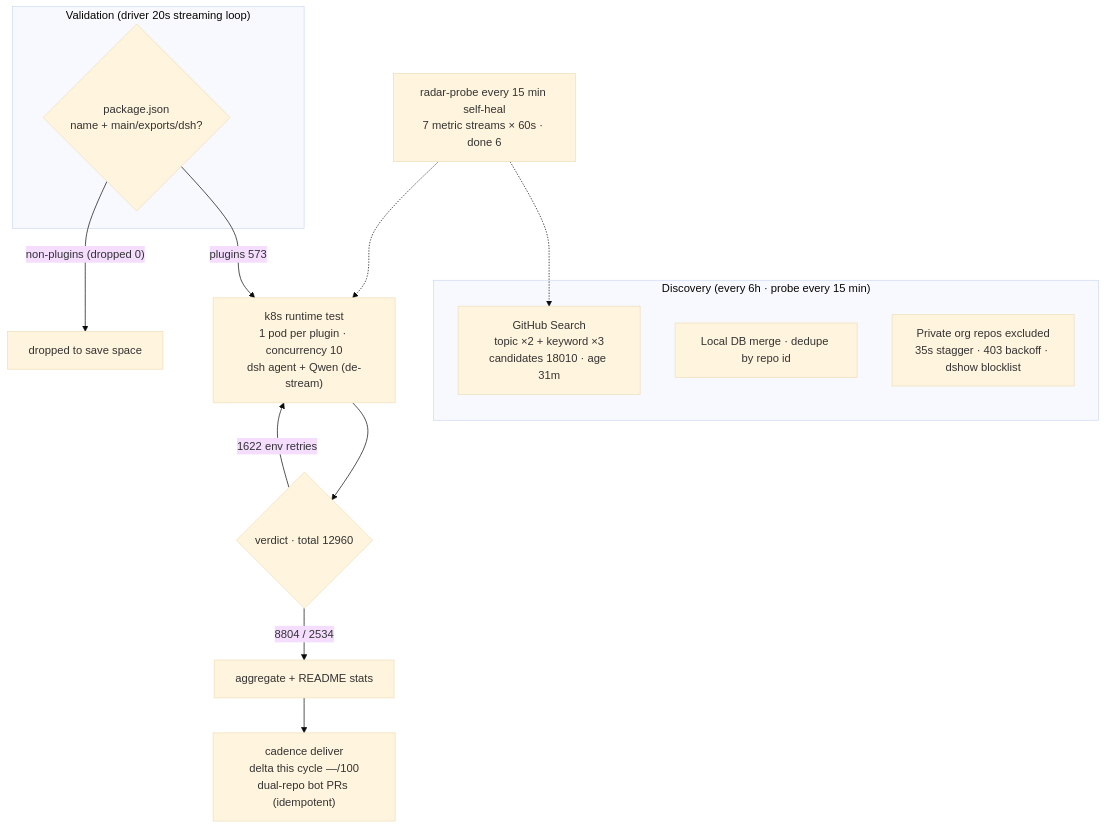
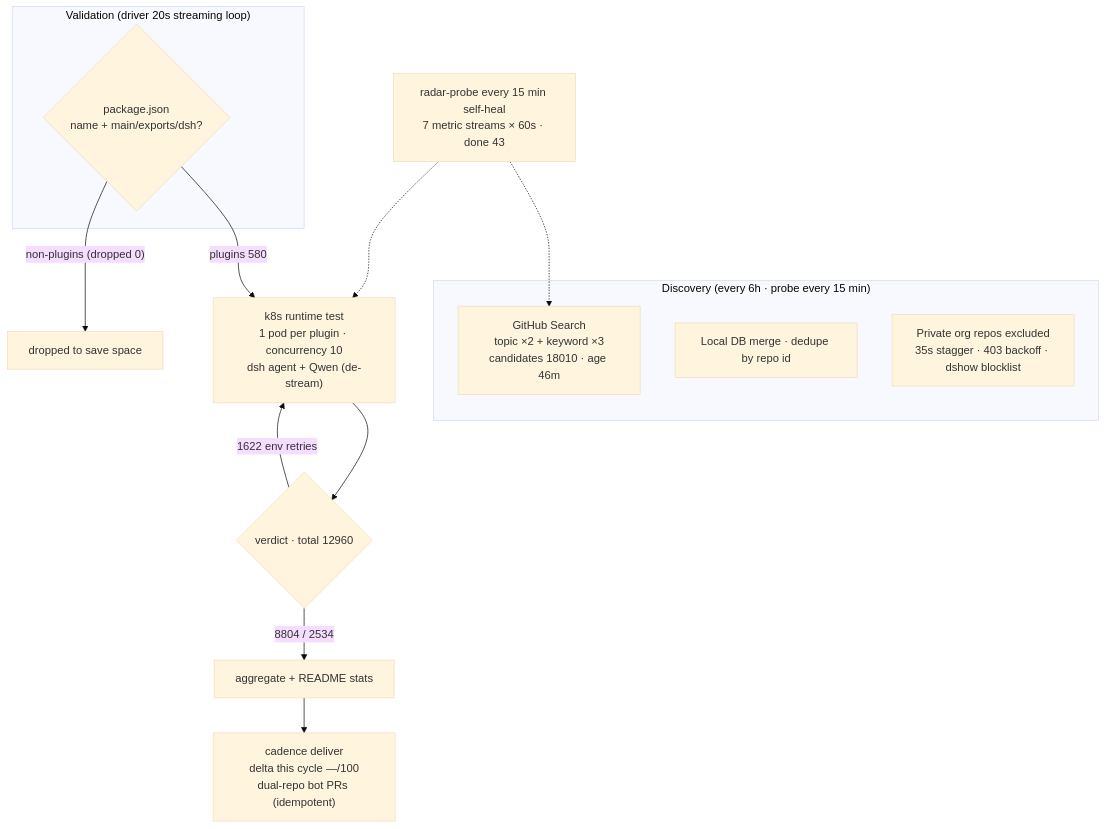
One commit to AdamPlatin123/awesome-dsh-plugins changed the diagram in README.en-US.md. Above: the diagram before and after it, drawn with Mermaid (base theme). The commit also changed other lines of this file and 5 other files, not shown here.

````diff
--- a/README.en-US.md
+++ b/README.en-US.md
@@ -45,20 +45,20 @@
 ```mermaid
 flowchart TB
     subgraph Discovery["Discovery (every 6h · probe every 15 min)"]
-        A1["GitHub Search<br/>topic ×2 + keyword ×3<br/>candidates 18010 · age 31m"]
+        A1["GitHub Search<br/>topic ×2 + keyword ×3<br/>candidates 18010 · age 46m"]
         A2["Local DB merge · dedupe by repo id"]
         A3["Private org repos excluded<br/>35s stagger · 403 backoff · dshow blocklist"]
     end
     subgraph Validation["Validation (driver 20s streaming loop)"]
         B1{"package.json<br/>name + main/exports/dsh?"}
     end
-    B1 -->|"plugins 573"| C1["k8s runtime test<br/>1 pod per plugin · concurrency 10<br/>dsh agent + Qwen (de-stream)"]
+    B1 -->|"plugins 580"| C1["k8s runtime test<br/>1 pod per plugin · concurrency 10<br/>dsh agent + Qwen (de-stream)"]
     B1 -->|"non-plugins (dropped 0)"| B3["dropped to save space"]
     C1 --> D1{"verdict · total 12960"}
     D1 -->|"8804 / 2534"| E1["aggregate + README stats"]
     D1 -->|"1622 env retries"| C1
     E1 --> E2["cadence deliver<br/>delta this cycle —/100<br/>dual-repo bot PRs (idempotent)"]
-    M["radar-probe every 15 min self-heal<br/>7 metric streams × 60s · done 6"]
+    M["radar-probe every 15 min self-heal<br/>7 metric streams × 60s · done 43"]
     M -.-> A1
     M -.-> C1
 ```
````
